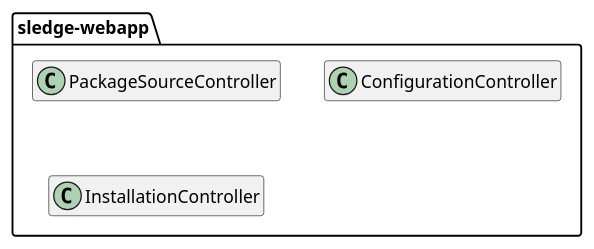
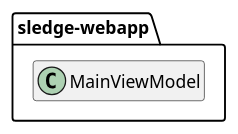
The diagram in docs/src/main/plantuml/building-block-webapp-diagram.puml (unic/sledge), drawn with PlantUML before and after one commit. The commit also changed 51 other files, not shown here.

First line of the commit message:
SLEDGE-6: Implemented simple package installation for local uploaded app packages

```diff
--- a/docs/src/main/plantuml/building-block-webapp-diagram.puml
+++ b/docs/src/main/plantuml/building-block-webapp-diagram.puml
@@ -1,11 +1,9 @@
 @startuml
 
 package "sledge-webapp" as webapp {
-	class PackageSourceController
-	class ConfigurationController
-	class InstallationController
+	class MainViewModel
 }
 
 hide members
 
 @enduml
```
